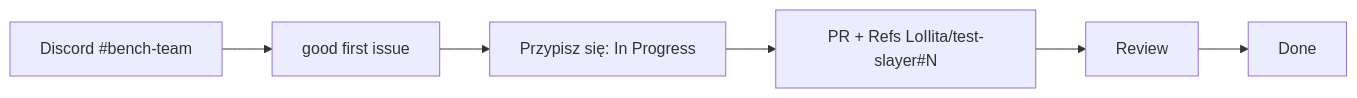
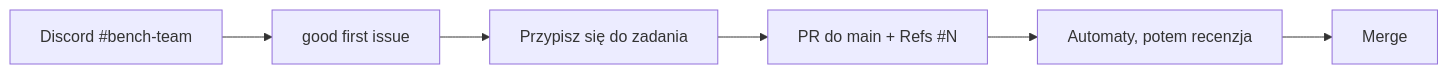
The diagram in README.md (slayerlabs/benchmarks-fabryka-ai), drawn with Mermaid before and after one commit. The commit also changed other lines of this file and 21 other files, not shown here.

````diff
--- a/README.md
+++ b/README.md
@@ -26,7 +25,7 @@
 ```mermaid
 flowchart LR
   A[Discord #bench-team] --> B[good first issue]
-  B --> C[Przypisz się: In Progress]
-  C --> D[PR + Refs LoIlita/test-slayer#N]
-  D --> E[Review] --> F[Done]
+  B --> C[Przypisz się do zadania]
+  C --> D[PR do main + Refs #N]
+  D --> E[Automaty, potem recenzja] --> F[Merge]
 ```
````
